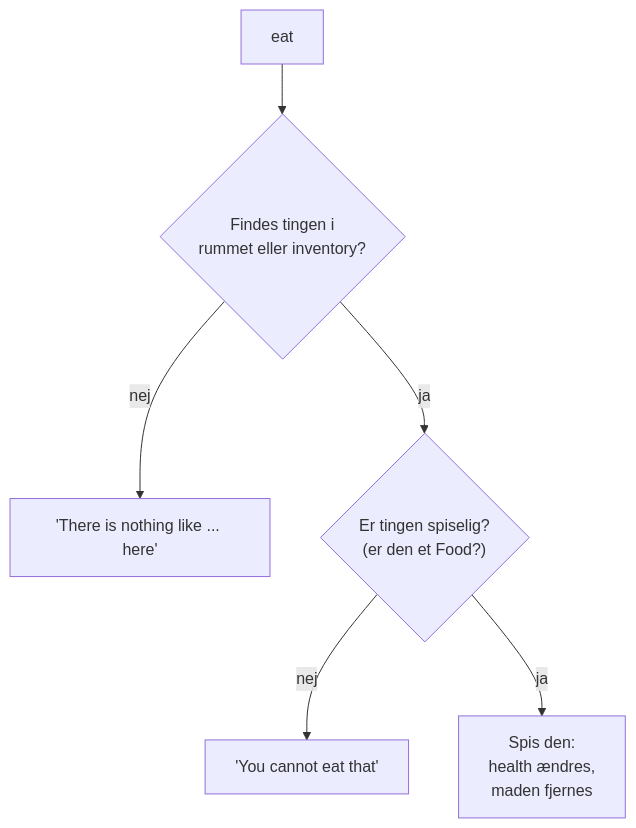
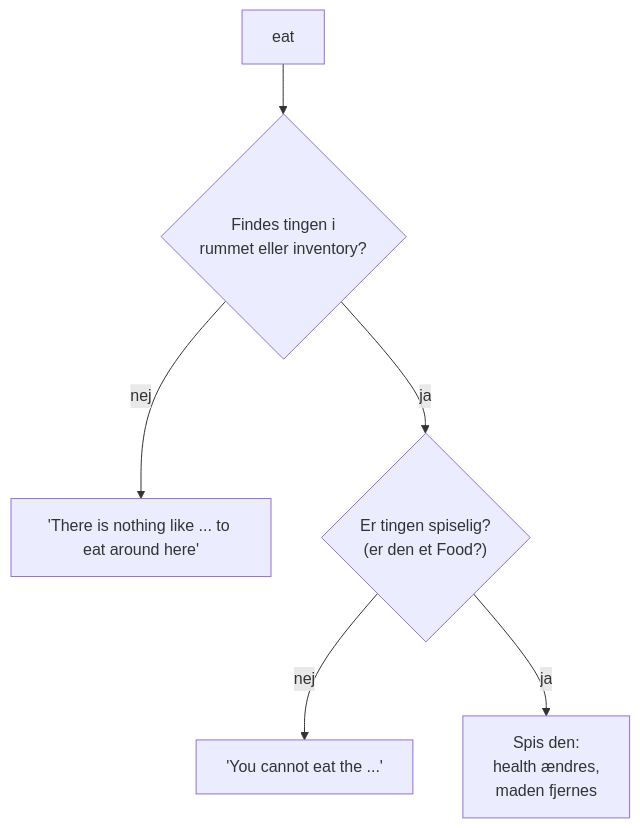
Before and after one commit to CheMical/DAT-GBG-DA-E26AB: the first of 3 diagrams in projekter/adventure/del-3-food.md, drawn with Mermaid. The commit also changed other lines of this file and 20 other files, not shown here.

````diff
--- a/projekter/adventure/del-3-food.md
+++ b/projekter/adventure/del-3-food.md
@@ -58,8 +58,8 @@
 ```mermaid
 flowchart TD
     A["eat <navn>"] --> B{"Findes tingen i<br/>rummet eller inventory?"}
-    B -- nej --> C["'There is nothing like ... here'"]
+    B -- nej --> C["'There is nothing like ... to eat around here'"]
     B -- ja --> D{"Er tingen spiselig?<br/>(er den et Food?)"}
-    D -- nej --> E["'You cannot eat that'"]
+    D -- nej --> E["'You cannot eat the ...'"]
     D -- ja --> F["Spis den:<br/>health ændres,<br/>maden fjernes"]
 ```
````
